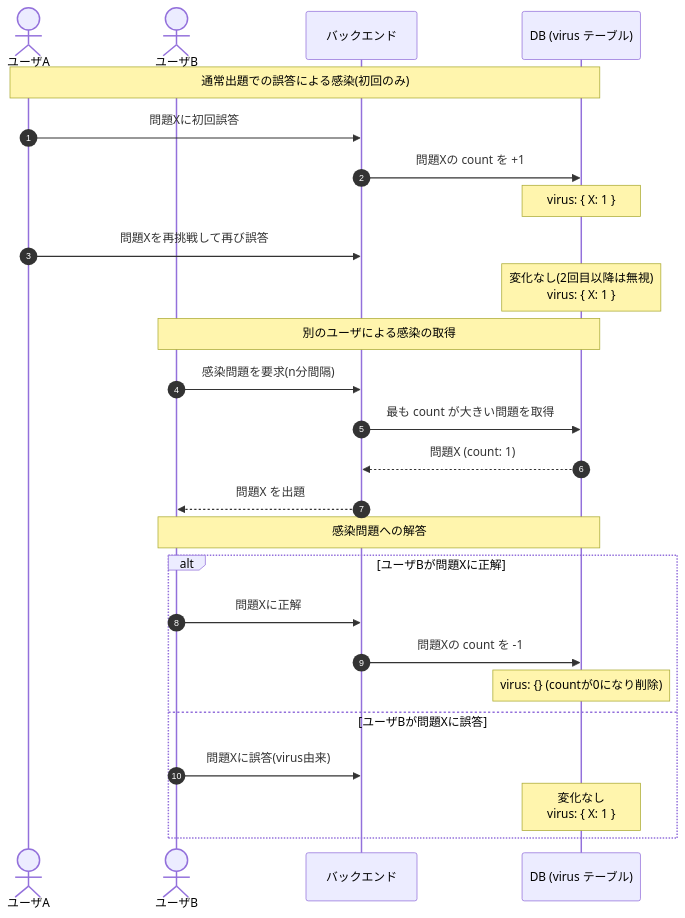
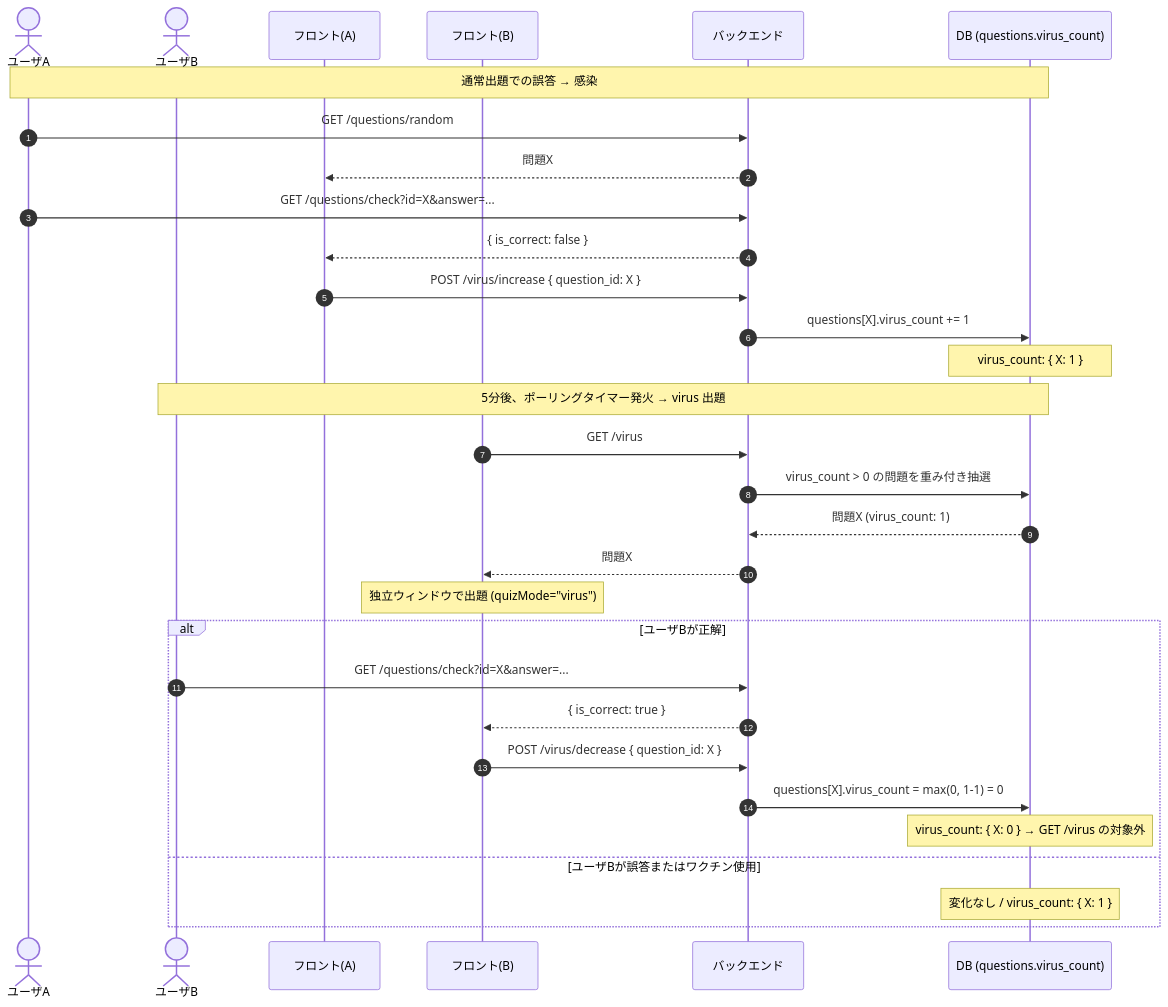
One commit to fu-suke/hack_u_team4 changed the diagram in docs/virus_feature.md. Above: the diagram before and after it, drawn with Mermaid. The commit also changed other lines of this file and 1 other file, not shown here.

````diff
--- a/docs/virus_feature.md
+++ b/docs/virus_feature.md
@@ -59,35 +153,38 @@
 ```mermaid
 sequenceDiagram
     autonumber
     actor UserA as ユーザA
     actor UserB as ユーザB
+    participant FE_A as フロント(A)
+    participant FE_B as フロント(B)
     participant Backend as バックエンド
-    participant DB as DB (virus テーブル)
+    participant DB as DB (questions.virus_count)
 
-    Note over UserA,DB: 通常出題での誤答による感染(初回のみ)
+    Note over UserA,DB: 通常出題での誤答 → 感染
 
-    UserA->>Backend: 問題Xに初回誤答
-    Backend->>DB: 問題Xの count を +1
-    Note over DB: virus: { X: 1 }
+    UserA->>Backend: GET /questions/random
+    Backend-->>FE_A: 問題X
+    UserA->>Backend: GET /questions/check?id=X&answer=...
+    Backend-->>FE_A: { is_correct: false }
+    FE_A->>Backend: POST /virus/increase { question_id: X }
+    Backend->>DB: questions[X].virus_count += 1
+    Note over DB: virus_count: { X: 1 }
 
-    UserA->>Backend: 問題Xを再挑戦して再び誤答
-    Note over DB: 変化なし(2回目以降は無視)<br/>virus: { X: 1 }
+    Note over UserB,DB: 5分後、ポーリングタイマー発火 → virus 出題
 
-    Note over UserB,DB: 別のユーザによる感染の取得
+    FE_B->>Backend: GET /virus
+    Backend->>DB: virus_count > 0 の問題を重み付き抽選
+    DB-->>Backend: 問題X (virus_count: 1)
+    Backend-->>FE_B: 問題X
+    Note over FE_B: 独立ウィンドウで出題 (quizMode="virus")
 
-    UserB->>Backend: 感染問題を要求(n分間隔)
-    Backend->>DB: 最も count が大きい問題を取得
-    DB-->>Backend: 問題X (count: 1)
-    Backend-->>UserB: 問題X を出題
-
-    Note over UserB,DB: 感染問題への解答
-
-    alt ユーザBが問題Xに正解
-        UserB->>Backend: 問題Xに正解
-        Backend->>DB: 問題Xの count を -1
-        Note over DB: virus: {} (countが0になり削除)
-    else ユーザBが問題Xに誤答
-        UserB->>Backend: 問題Xに誤答(virus由来)
-        Note over DB: 変化なし<br/>virus: { X: 1 }
+    alt ユーザBが正解
+        UserB->>Backend: GET /questions/check?id=X&answer=...
+        Backend-->>FE_B: { is_correct: true }
+        FE_B->>Backend: POST /virus/decrease { question_id: X }
+        Backend->>DB: questions[X].virus_count = max(0, 1-1) = 0
+        Note over DB: virus_count: { X: 0 } → GET /virus の対象外
+    else ユーザBが誤答またはワクチン使用
+        Note over DB: 変化なし / virus_count: { X: 1 }
     end
 ```
````
